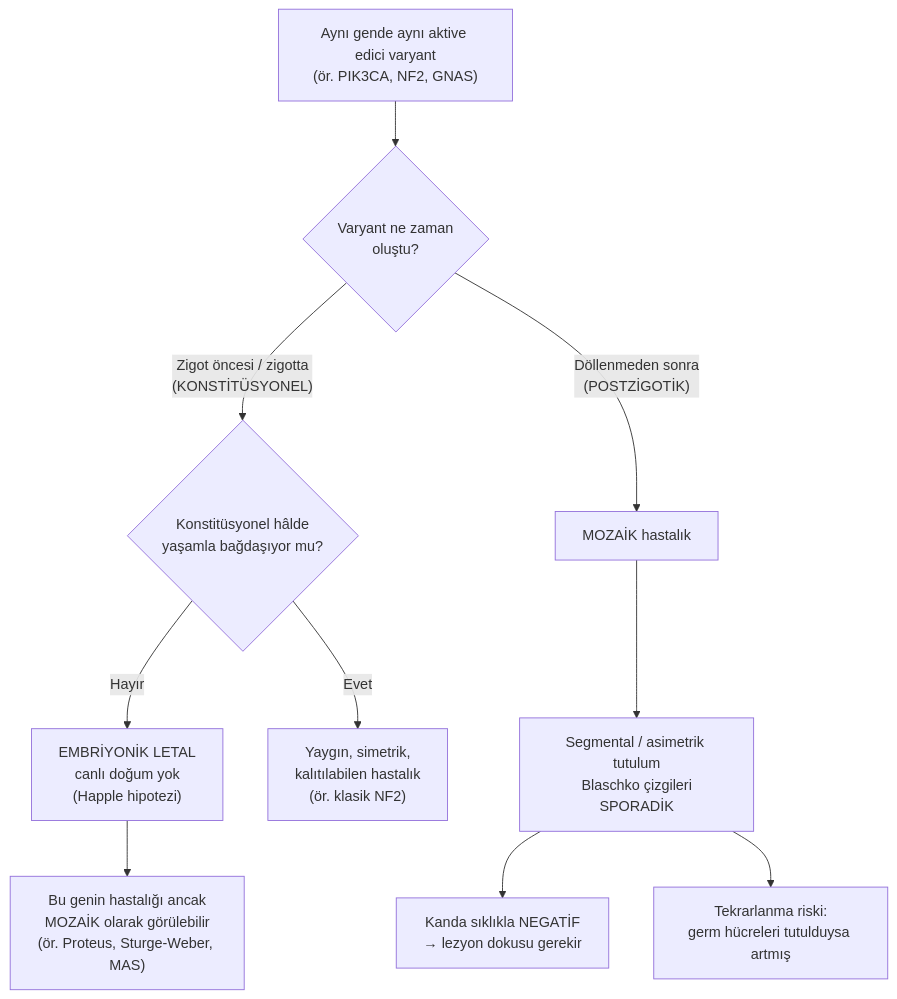
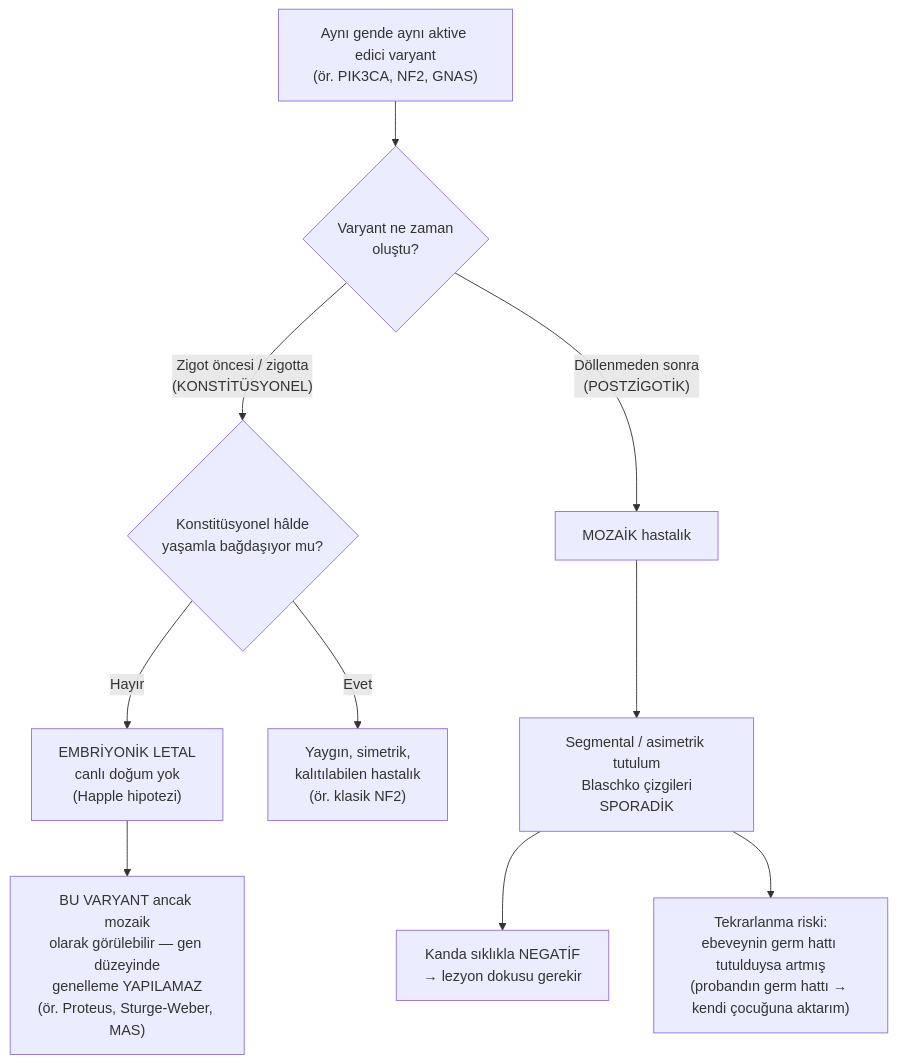
Before and after one commit to MDKalenderoglu/Mekanizma_Kitab-: the first of 3 diagrams in Bölüm_12_Mozaiklik.md, drawn with Mermaid. The commit also changed other lines of this file and 2 other files, not shown here.

````diff
--- a/Bölüm_12_Mozaiklik.md
+++ b/Bölüm_12_Mozaiklik.md
@@ -165,12 +183,12 @@
 ```mermaid
 flowchart TD
   A["Aynı gende aynı aktive edici varyant<br/>(ör. PIK3CA, NF2, GNAS)"] --> B{"Varyant ne zaman<br/>oluştu?"}
   B -->|"Zigot öncesi / zigotta<br/>(KONSTİTÜSYONEL)"| C{"Konstitüsyonel hâlde<br/>yaşamla bağdaşıyor mu?"}
   B -->|"Döllenmeden sonra<br/>(POSTZİGOTİK)"| D["MOZAİK hastalık"]
   C -->|"Hayır"| E["EMBRİYONİK LETAL<br/>canlı doğum yok<br/>(Happle hipotezi)"]
   C -->|"Evet"| F["Yaygın, simetrik,<br/>kalıtılabilen hastalık<br/>(ör. klasik NF2)"]
   D --> G["Segmental / asimetrik tutulum<br/>Blaschko çizgileri<br/>SPORADİK"]
   G --> H["Kanda sıklıkla NEGATİF<br/>→ lezyon dokusu gerekir"]
-  G --> I["Tekrarlanma riski:<br/>germ hücreleri tutulduysa artmış"]
-  E --> J["Bu genin hastalığı ancak<br/>MOZAİK olarak görülebilir<br/>(ör. Proteus, Sturge-Weber, MAS)"]
+  G --> I["Tekrarlanma riski:<br/>ebeveynin germ hattı tutulduysa artmış<br/>(probandın germ hattı → kendi çocuğuna aktarım)"]
+  E --> J["BU VARYANT ancak mozaik<br/>olarak görülebilir — gen düzeyinde<br/>genelleme YAPILAMAZ<br/>(ör. Proteus, Sturge-Weber, MAS)"]
 ```
````
